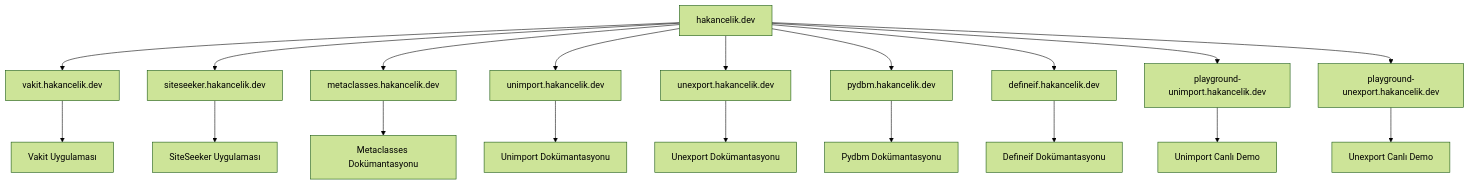
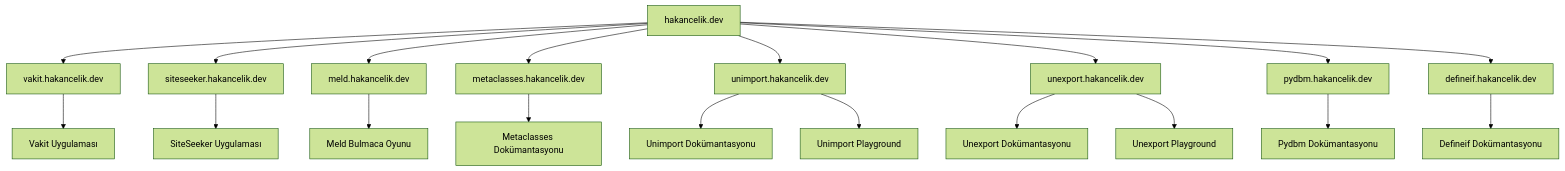
One commit to hakancelikdev/hakancelikdev.github.io changed the diagram in docs/subdomains.md. Above: the diagram before and after it, drawn with Mermaid (forest theme). The commit also changed other lines of this file and 2 other files, not shown here.

First line of the commit message:
Improve SEO and discoverability: add Meld, fix robots.txt, add doc/playground links

````diff
--- a/docs/subdomains.md
+++ b/docs/subdomains.md
@@ -148,22 +157,22 @@
 ```mermaid
 graph TD
     A[hakancelik.dev] --> B[vakit.hakancelik.dev]
     A --> C[siteseeker.hakancelik.dev]
+    A --> K[meld.hakancelik.dev]
     A --> D[metaclasses.hakancelik.dev]
     A --> E[unimport.hakancelik.dev]
     A --> F[unexport.hakancelik.dev]
     A --> G[pydbm.hakancelik.dev]
     A --> H[defineif.hakancelik.dev]
-    A --> I[playground-unimport.hakancelik.dev]
-    A --> J[playground-unexport.hakancelik.dev]
     
     B --> B1[Vakit Uygulaması]
     C --> C1[SiteSeeker Uygulaması]
+    K --> K1[Meld Bulmaca Oyunu]
     D --> D1[Metaclasses Dokümantasyonu]
     E --> E1[Unimport Dokümantasyonu]
+    E --> E2[Unimport Playground]
     F --> F1[Unexport Dokümantasyonu]
+    F --> F2[Unexport Playground]
     G --> G1[Pydbm Dokümantasyonu]
     H --> H1[Defineif Dokümantasyonu]
-    I --> I1[Unimport Canlı Demo]
-    J --> J1[Unexport Canlı Demo]
 ```
````
